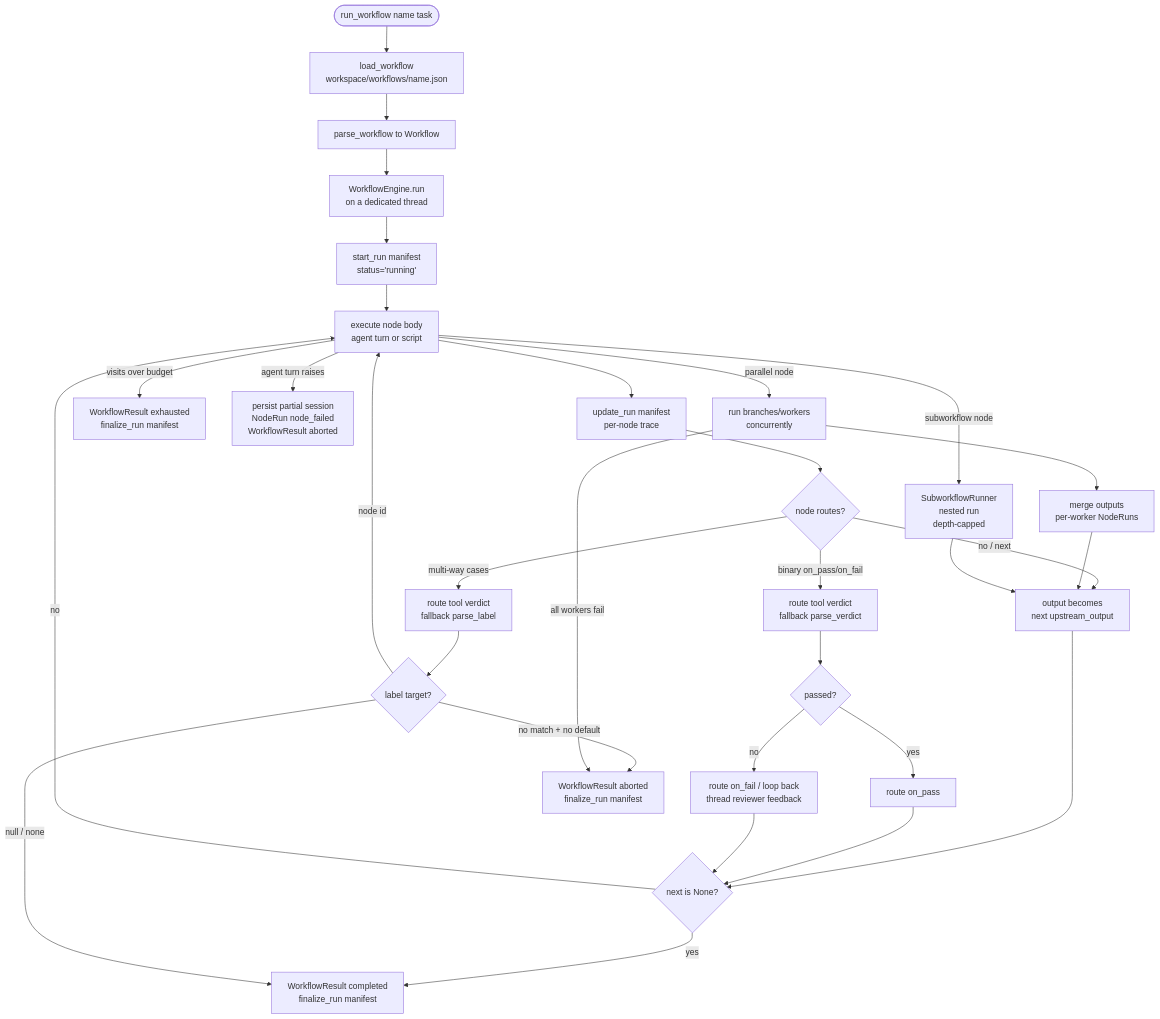
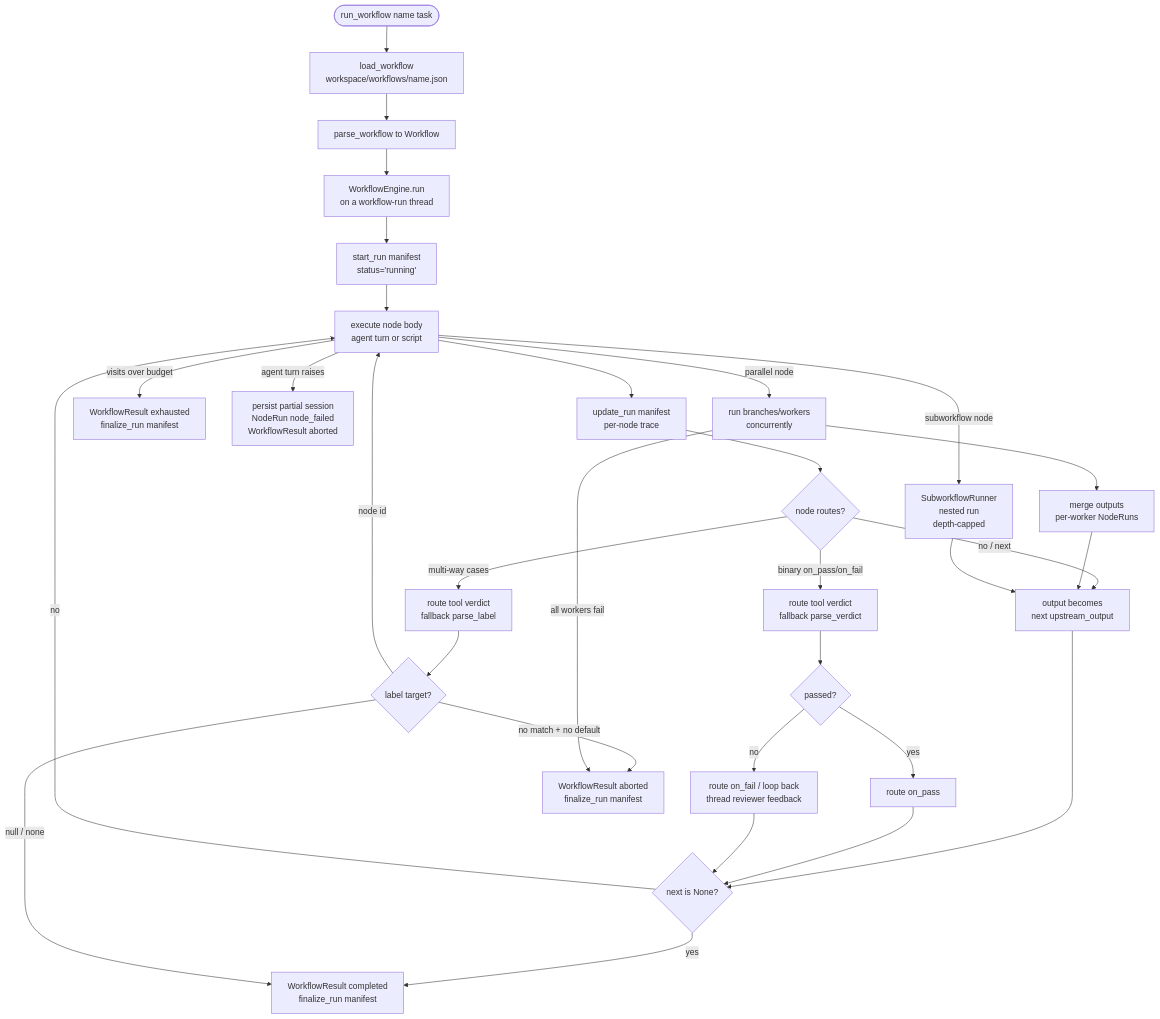
The diagram in docs/internals/workflow.md (mmarmol/durin), drawn with Mermaid before and after one commit. The commit also changed other lines of this file and 13 other files, not shown here.

````diff
--- a/docs/internals/workflow.md
+++ b/docs/internals/workflow.md
@@ -422,33 +425,33 @@
 ```mermaid
 flowchart TD
     A([run_workflow name task]) --> B[load_workflow\nworkspace/workflows/name.json]
     B --> C[parse_workflow to Workflow]
-    C --> D[WorkflowEngine.run\non a dedicated thread]
+    C --> D[WorkflowEngine.run\non a workflow-run thread]
     D --> MANIFEST_START[start_run manifest\nstatus='running']
     MANIFEST_START --> E[execute node body\nagent turn or script]
     E --> UPDATE[update_run manifest\nper-node trace]
     UPDATE --> F{node routes?}
     F -->|no / next| G[output becomes\nnext upstream_output]
     G --> H{next is None?}
     H -->|no| E
     H -->|yes| Z[WorkflowResult completed\nfinalize_run manifest]
     F -->|binary on_pass/on_fail| I[route tool verdict\nfallback parse_verdict]
     I --> J{passed?}
     J -->|yes| K[route on_pass]
     J -->|no| L[route on_fail / loop back\nthread reviewer feedback]
     K --> H
     L --> H
     F -->|multi-way cases| MW[route tool verdict\nfallback parse_label]
     MW --> MWT{label target?}
     MWT -->|node id| E
     MWT -->|null / none| Z
     MWT -->|no match + no default| ABORT[WorkflowResult aborted\nfinalize_run manifest]
     E -->|visits over budget| Y[WorkflowResult exhausted\nfinalize_run manifest]
     E -->|agent turn raises| FAIL[persist partial session\nNodeRun node_failed\nWorkflowResult aborted]
     E -->|parallel node| PAR[run branches/workers\nconcurrently]
     PAR --> |all workers fail| ABORT
     PAR --> MERGE[merge outputs\nper-worker NodeRuns]
     MERGE --> G
     E -->|subworkflow node| SUB[SubworkflowRunner\nnested run\ndepth-capped]
     SUB --> G
 ```
````
